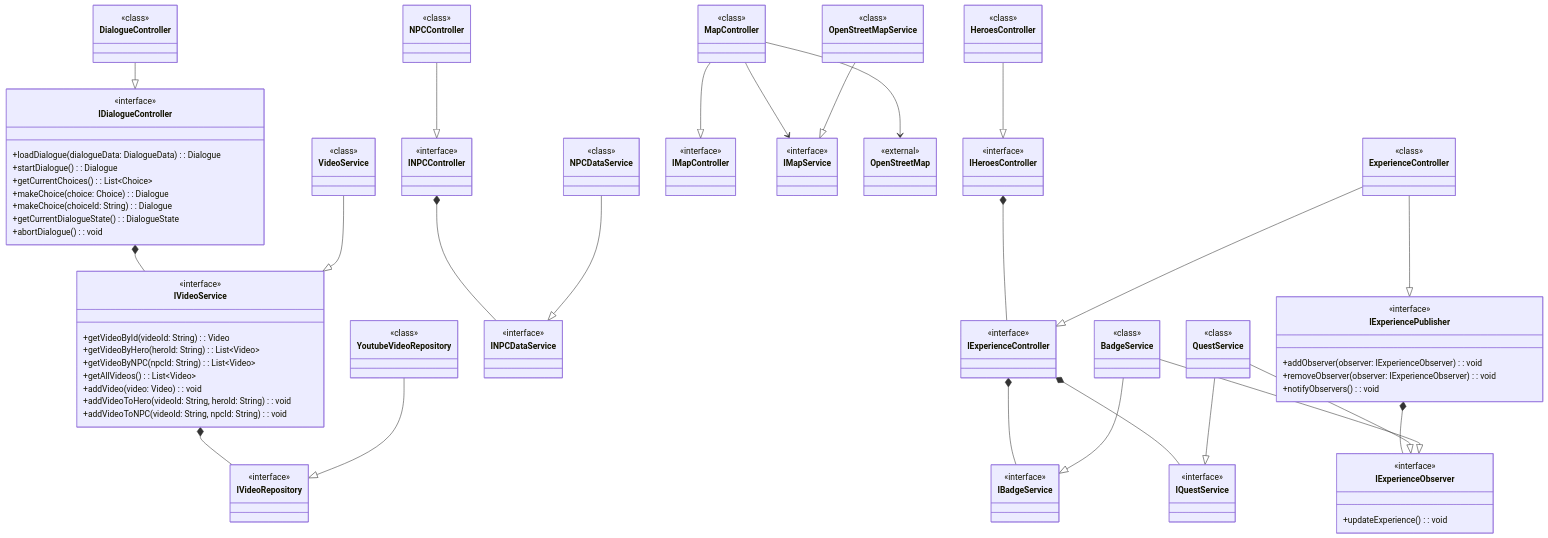
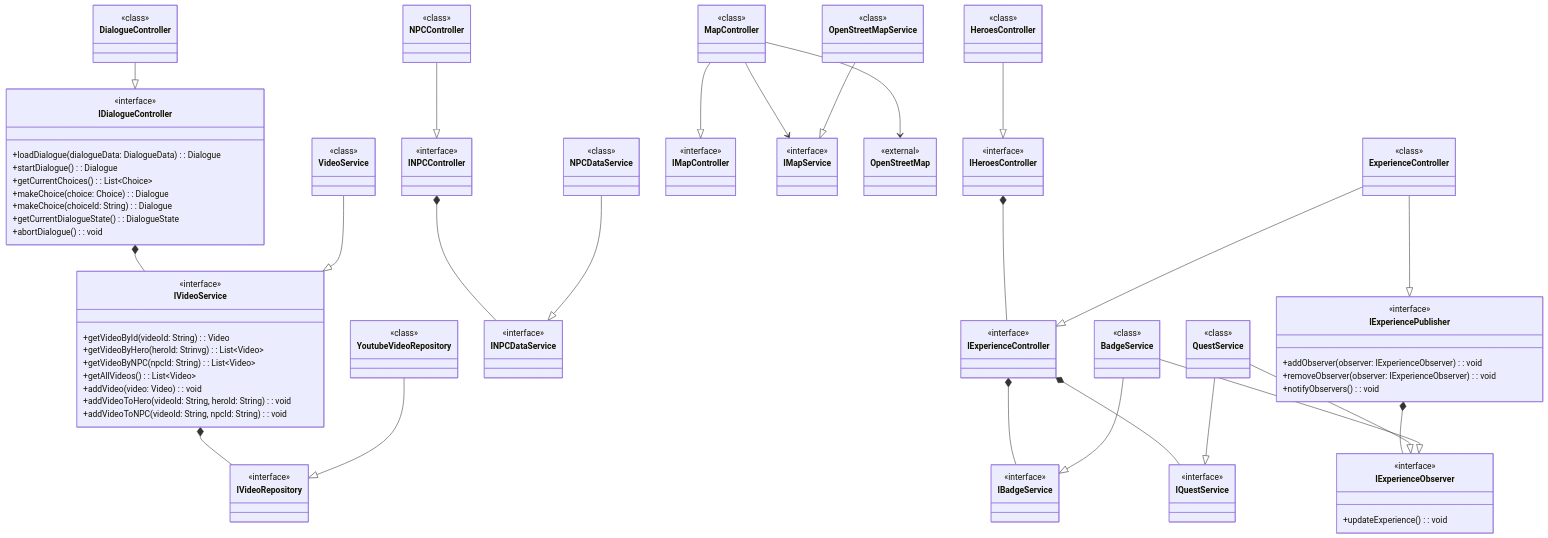
Before and after one commit to Elhexiar/route-du-rome-refacto: the diagram in doc/05_Modelisation/C4/component.md, drawn with Mermaid. The commit also changed 6 other files, not shown here.

Commit message:
doc(class diagram) :  added UI to the class diagrams, and small tweaks to the doc

````diff
--- a/doc/05_Modelisation/C4/component.md
+++ b/doc/05_Modelisation/C4/component.md
@@ -1,5 +1,6 @@
 ```mermaid
 classDiagram
+
     %% Dialogue Package
     class IDialogueController {
         <<interface>>
@@ -20,7 +21,7 @@
     class IVideoService {
         <<interface>>
         +getVideoById(videoId: String): Video
-        +getVideoByHero(heroId: String): List~Video~
+        +getVideoByHero(heroId: Strinvg): List~Video~
         +getVideoByNPC(npcId: String): List~Video~
         +getAllVideos(): List~Video~
         +addVideo(video: Video): void
````
